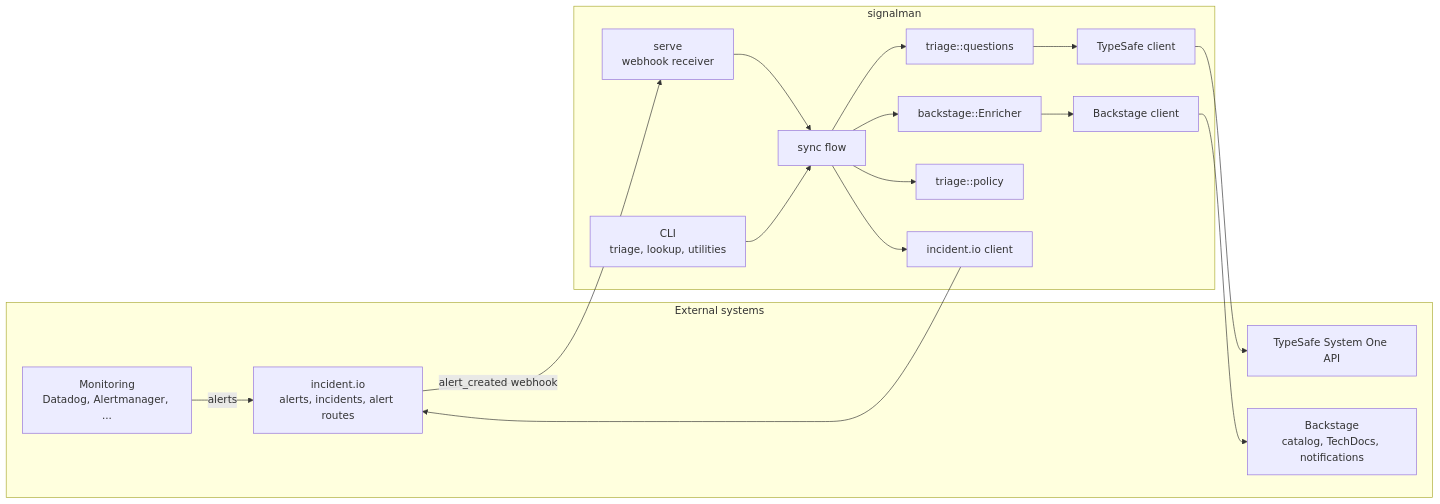
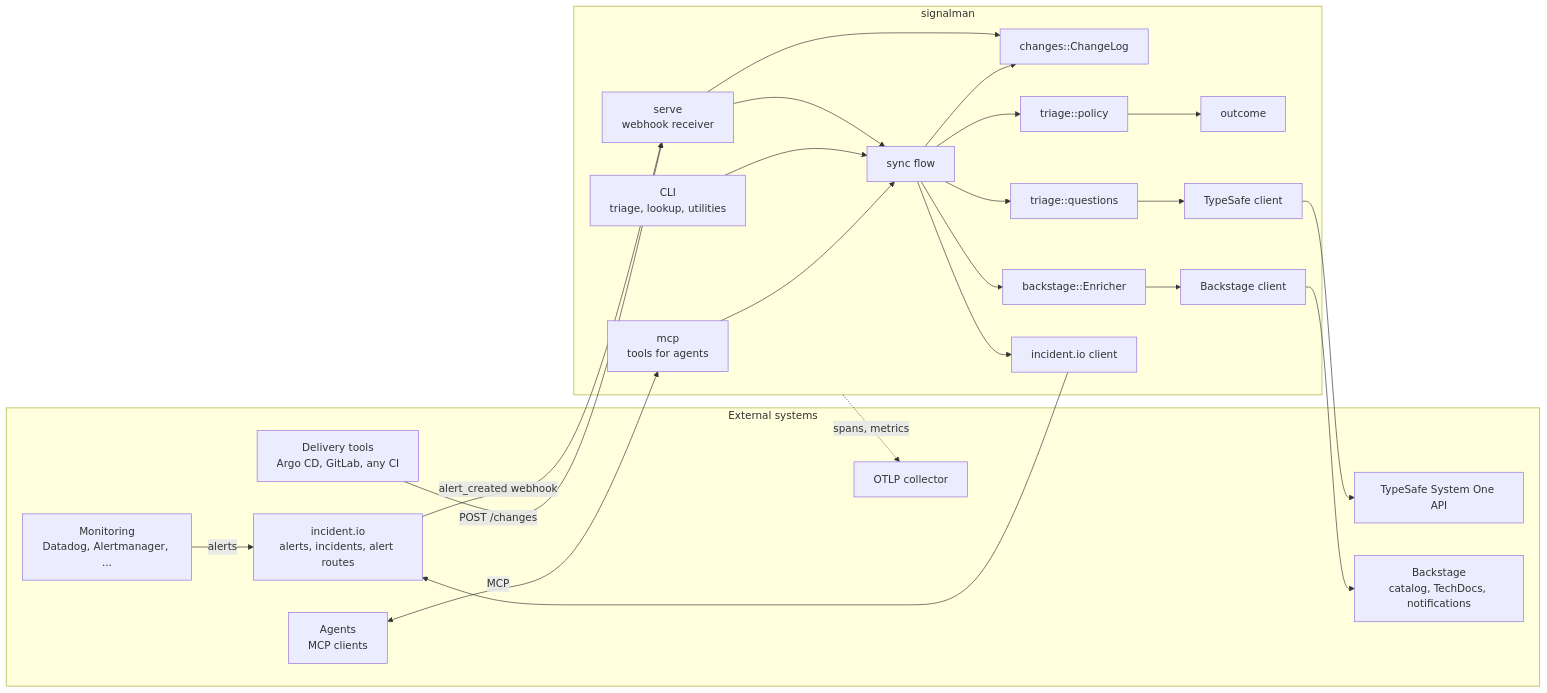
One commit to chussenot/signalman changed the first of 2 diagrams in docs/architecture.md. Above: the diagram before and after it, drawn with Mermaid. The commit also changed other lines of this file and 7 other files, not shown here.

````diff
--- a/docs/architecture.md
+++ b/docs/architecture.md
@@ -15,29 +29,40 @@
 ```mermaid
 flowchart LR
     subgraph ext[External systems]
         MON[Monitoring<br/>Datadog, Alertmanager, ...]
         IO[incident.io<br/>alerts, incidents, alert routes]
         TS[TypeSafe System One API]
         BS[Backstage<br/>catalog, TechDocs, notifications]
+        CD[Delivery tools<br/>Argo CD, GitLab, any CI]
+        AG[Agents<br/>MCP clients]
+        OT[OTLP collector]
     end
     subgraph sm[signalman]
         SERVE[serve<br/>webhook receiver]
         CLI[CLI<br/>triage, lookup, utilities]
+        MCP[mcp<br/>tools for agents]
         SYNC[sync flow]
+        CHG[changes::ChangeLog]
         ENRICH[backstage::Enricher]
         Q[triage::questions]
         P[triage::policy]
+        OUT[outcome]
         TSC[TypeSafe client]
         IOC[incident.io client]
         BSC[Backstage client]
     end
     MON -->|alerts| IO
     IO -->|alert_created webhook| SERVE
+    CD -->|POST /changes| SERVE --> CHG
+    AG <-->|MCP| MCP
     SERVE --> SYNC
     CLI --> SYNC
+    MCP --> SYNC
+    SYNC --> CHG
     SYNC --> IOC
     SYNC --> ENRICH --> BSC --> BS
     SYNC --> Q --> TSC --> TS
-    SYNC --> P
+    SYNC --> P --> OUT
     IOC --> IO
+    sm -.->|spans, metrics| OT
 ```
````
